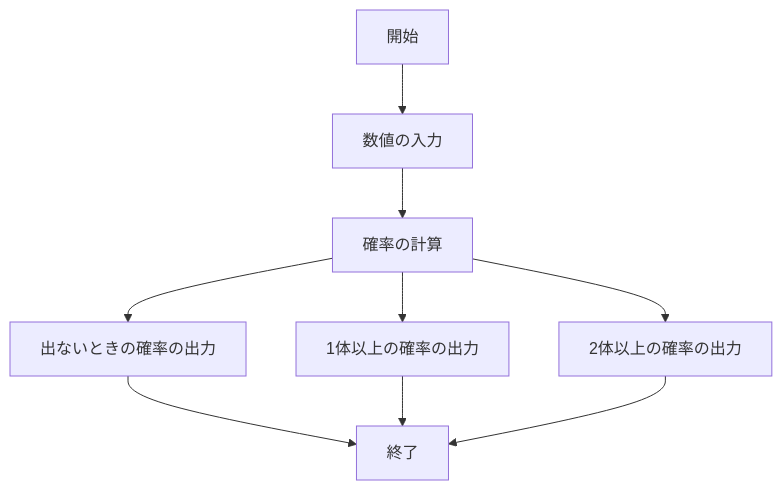
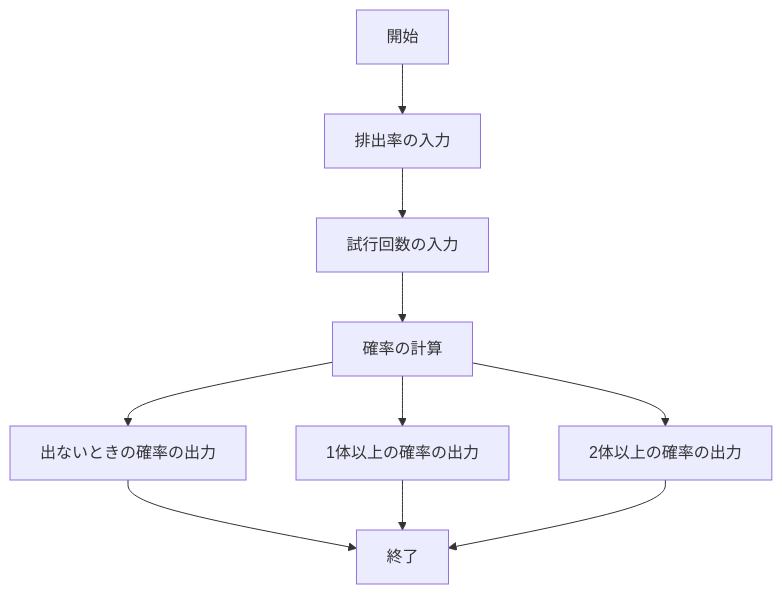
The second of 2 diagrams in README.md (Oguchi-Haruto/webpro_06), drawn with Mermaid before and after one commit. The commit also changed other lines of this file and 1 other file, not shown here.

````diff
--- a/README.md
+++ b/README.md
@@ -53,21 +77,23 @@
 ```mermaid
 flowchart TD;
 
 start["開始"];
 end1["終了"]
-if["数値の入力"]
+if1["排出率の入力"]
+if2["試行回数の入力"]
 keisan["確率の計算"]
 syu0["出ないときの確率の出力"]
 syu1["1体以上の確率の出力"]
 syu2["2体以上の確率の出力"]
 
 
-start --> if
-if --> keisan
+start --> if1
+if1 --> if2
+if2 --> keisan
 keisan --> syu0
 keisan --> syu1
 keisan --> syu2
 syu0 --> end1
 syu1 --> end1
 syu2 --> end1
 ```
````
